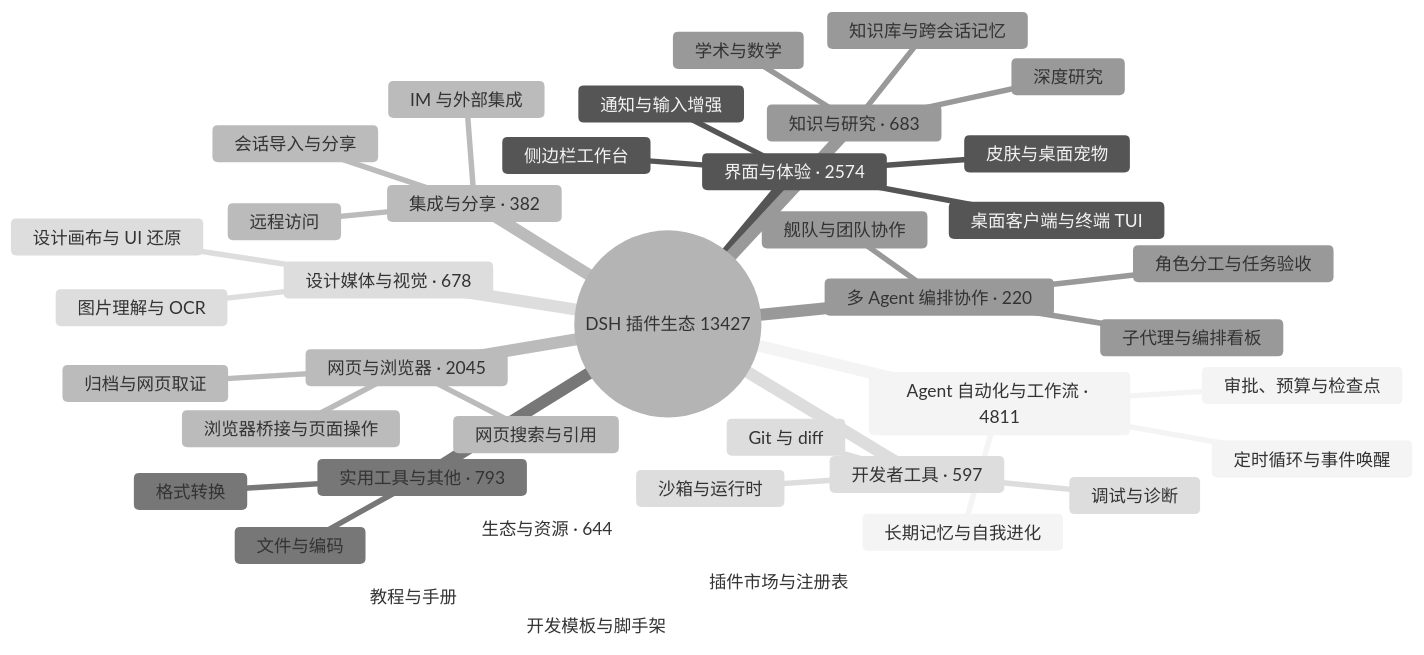
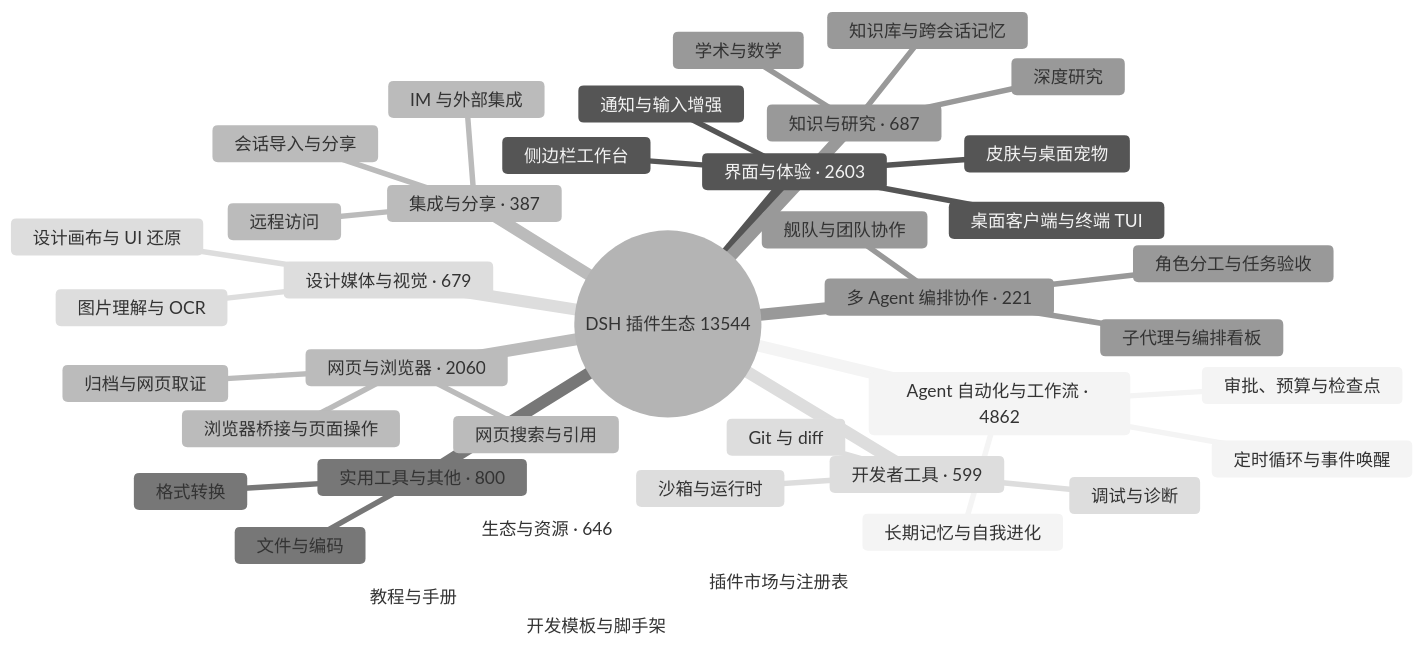
The diagram in README.md (bruc3van/awesome-dsh-plugin), drawn with Mermaid (neutral theme) before and after one commit. The commit also changed other lines of this file and 20 other files, not shown here.

````diff
--- a/README.md
+++ b/README.md
@@ -32,43 +32,43 @@
 ```mermaid
 mindmap
-  root((DSH 插件生态 13427))
-    Agent 自动化与工作流 · 4811
+  root((DSH 插件生态 13544))
+    Agent 自动化与工作流 · 4862
       定时循环与事件唤醒
       长期记忆与自我进化
       审批、预算与检查点
-    界面与体验 · 2574
+    界面与体验 · 2603
       桌面客户端与终端 TUI
       侧边栏工作台
       皮肤与桌面宠物
       通知与输入增强
-    网页与浏览器 · 2045
+    网页与浏览器 · 2060
       浏览器桥接与页面操作
       网页搜索与引用
       归档与网页取证
-    实用工具与其他 · 793
+    实用工具与其他 · 800
       文件与编码
       格式转换
-    知识与研究 · 683
+    知识与研究 · 687
       知识库与跨会话记忆
       深度研究
       学术与数学
-    设计媒体与视觉 · 678
+    设计媒体与视觉 · 679
       图片理解与 OCR
       设计画布与 UI 还原
-    生态与资源 · 644
+    生态与资源 · 646
       插件市场与注册表
       开发模板与脚手架
       教程与手册
-    开发者工具 · 597
+    开发者工具 · 599
       Git 与 diff
       沙箱与运行时
       调试与诊断
-    集成与分享 · 382
+    集成与分享 · 387
       会话导入与分享
       远程访问
       IM 与外部集成
-    多 Agent 编排协作 · 220
+    多 Agent 编排协作 · 221
       子代理与编排看板
       舰队与团队协作
       角色分工与任务验收
 ```
````
